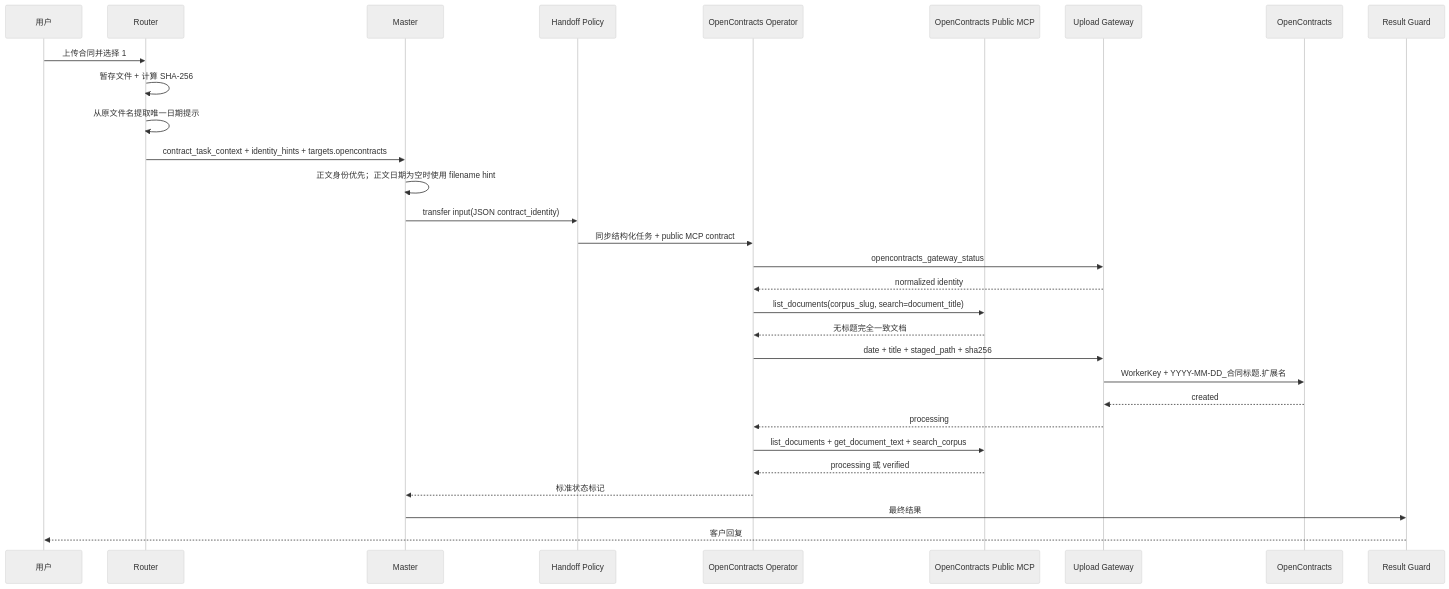
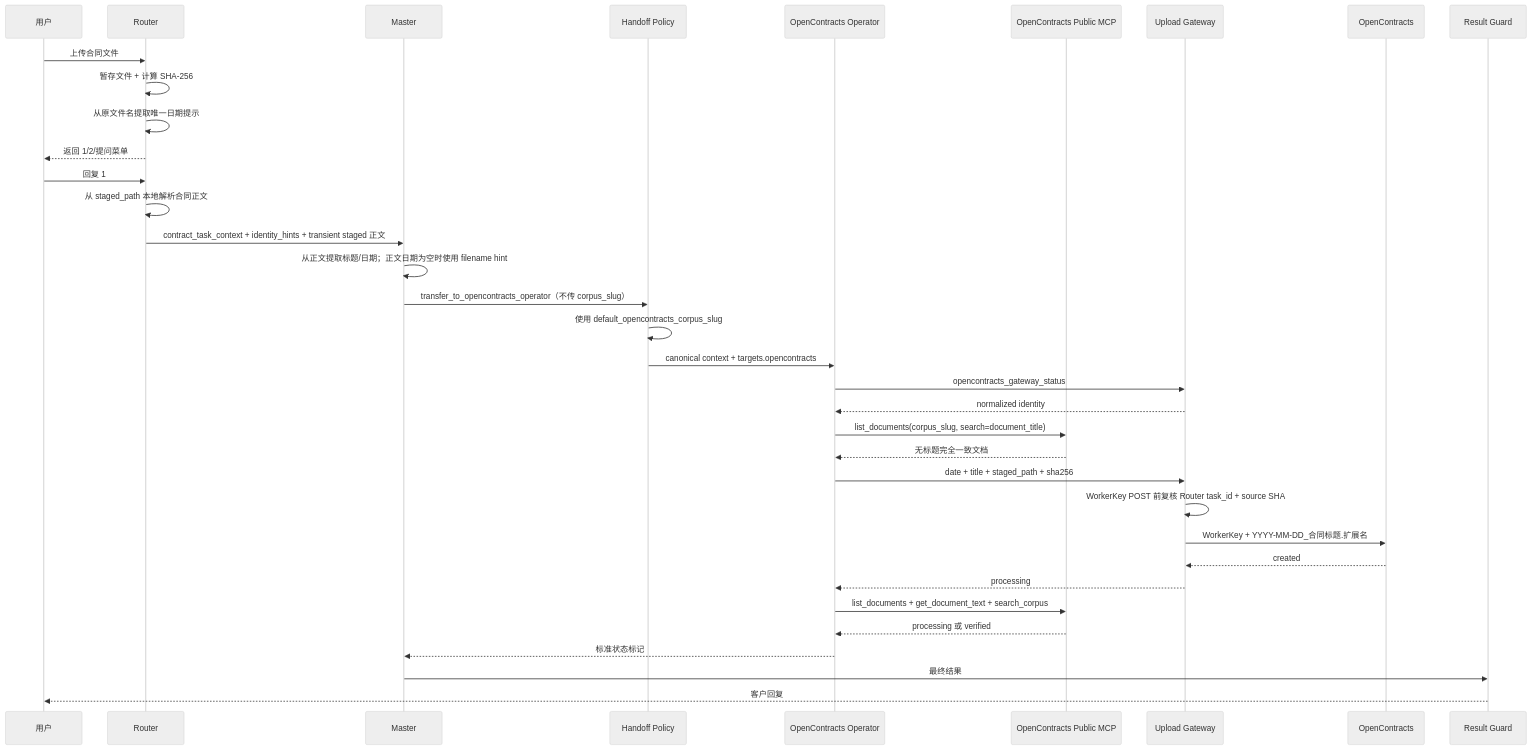
The first of 7 diagrams in docs/architecture/upload-sequence.md (Ri0n72Y/ContractBotConfig), drawn with Mermaid (neutral theme) before and after one commit. The commit also changed other lines of this file and 52 other files, not shown here.

````diff
--- a/docs/architecture/upload-sequence.md
+++ b/docs/architecture/upload-sequence.md
@@ -5,33 +5,38 @@
 ```mermaid
 sequenceDiagram
     participant U as 用户
     participant R as Router
     participant M as Master
     participant H as Handoff Policy
     participant O as OpenContracts Operator
     participant MCP as OpenContracts Public MCP
     participant G as Upload Gateway
     participant OC as OpenContracts
     participant RG as Result Guard
 
-    U->>R: 上传合同并选择 1
+    U->>R: 上传合同文件
     R->>R: 暂存文件 + 计算 SHA-256
     R->>R: 从原文件名提取唯一日期提示
-    R->>M: contract_task_context + identity_hints + targets.opencontracts
-    M->>M: 正文身份优先；正文日期为空时使用 filename hint
-    M->>H: transfer input(JSON contract_identity)
-    H->>O: 同步结构化任务 + public MCP contract
+    R-->>U: 返回 1/2/提问菜单
+    U->>R: 回复 1
+    R->>R: 从 staged_path 本地解析合同正文
+    R->>M: contract_task_context + identity_hints + transient staged 正文
+    M->>M: 从正文提取标题/日期；正文日期为空时使用 filename hint
+    M->>H: transfer_to_opencontracts_operator（不传 corpus_slug）
+    H->>H: 使用 default_opencontracts_corpus_slug
+    H->>O: canonical context + targets.opencontracts
     O->>G: opencontracts_gateway_status
     G-->>O: normalized identity
     O->>MCP: list_documents(corpus_slug, search=document_title)
     MCP-->>O: 无标题完全一致文档
     O->>G: date + title + staged_path + sha256
+    G->>G: WorkerKey POST 前复核 Router task_id + source SHA
     G->>OC: WorkerKey + YYYY-MM-DD_合同标题.扩展名
     OC-->>G: created
     G-->>O: processing
     O->>MCP: list_documents + get_document_text + search_corpus
     MCP-->>O: processing 或 verified
     O-->>M: 标准状态标记
     M->>RG: 最终结果
     RG-->>U: 客户回复
 ```
````
